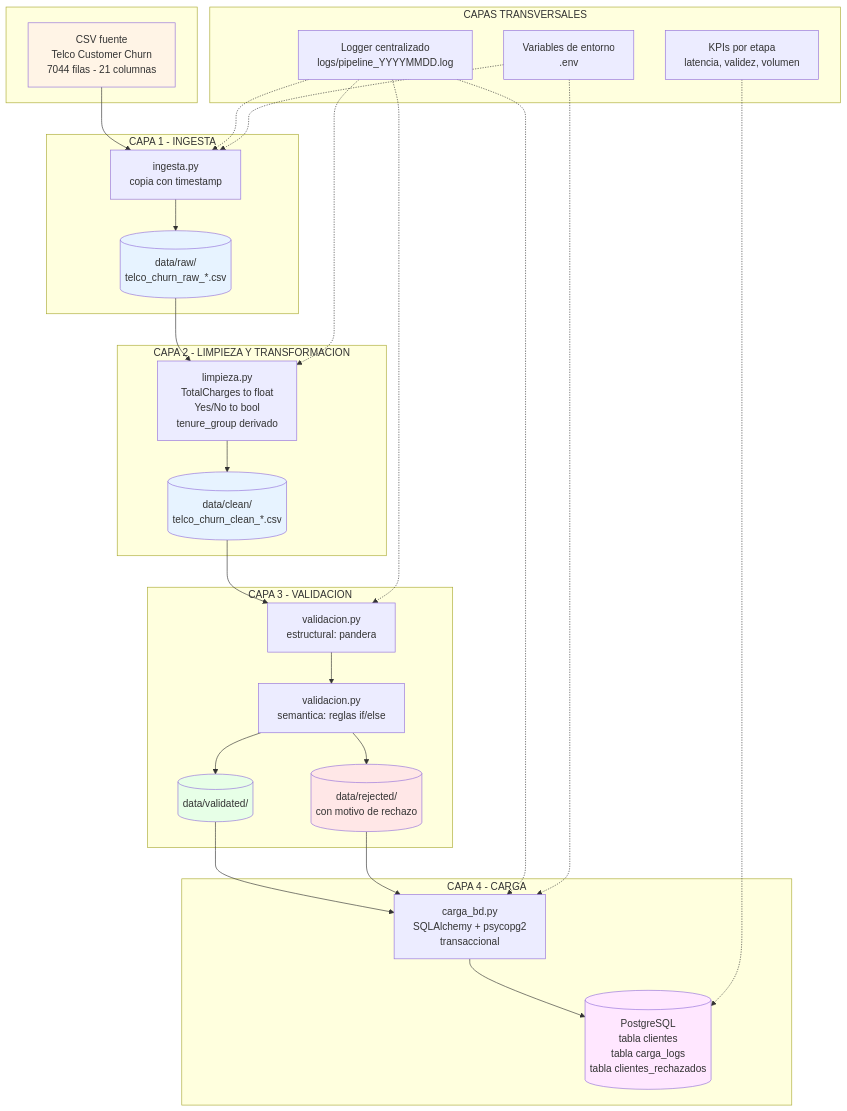
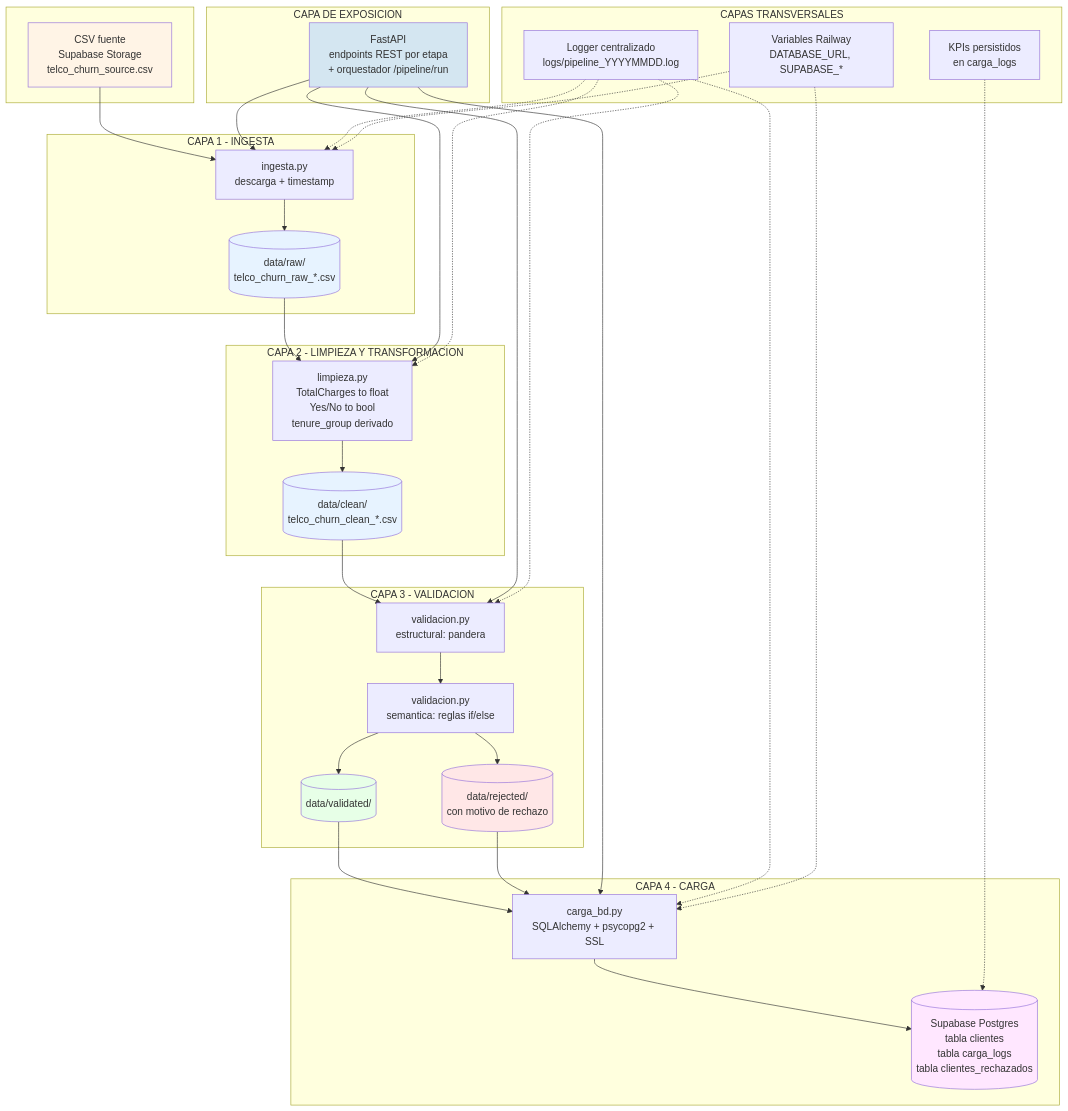
The second of 6 diagrams in docs/diagramas.md (BenjaminHeresmann/telco-churn-pipeline), drawn with Mermaid before and after one commit. The commit also changed other lines of this file and 15 other files, not shown here.

Commit message:
Refactor a cloud-native: FastAPI + Supabase + Railway desacoplado

````diff
--- a/docs/diagramas.md
+++ b/docs/diagramas.md
@@ -9,54 +55,63 @@
 ```mermaid
 flowchart TB
     subgraph EXT[" "]
-        SRC[CSV fuente<br/>Telco Customer Churn<br/>7044 filas - 21 columnas]
+        SRC[CSV fuente<br/>Supabase Storage<br/>telco_churn_source.csv]
     end
 
     subgraph ING["CAPA 1 - INGESTA"]
-        I[ingesta.py<br/>copia con timestamp]
+        I[ingesta.py<br/>descarga + timestamp]
         RAW[(data/raw/<br/>telco_churn_raw_*.csv)]
     end
 
     subgraph CLN["CAPA 2 - LIMPIEZA Y TRANSFORMACION"]
         L[limpieza.py<br/>TotalCharges to float<br/>Yes/No to bool<br/>tenure_group derivado]
         CLEAN[(data/clean/<br/>telco_churn_clean_*.csv)]
     end
 
     subgraph VAL["CAPA 3 - VALIDACION"]
         V1[validacion.py<br/>estructural: pandera]
         V2[validacion.py<br/>semantica: reglas if/else]
         VALID[(data/validated/)]
         REJ[(data/rejected/<br/>con motivo de rechazo)]
     end
 
     subgraph LOAD["CAPA 4 - CARGA"]
-        C[carga_bd.py<br/>SQLAlchemy + psycopg2<br/>transaccional]
-        DB[(PostgreSQL<br/>tabla clientes<br/>tabla carga_logs<br/>tabla clientes_rechazados)]
+        C[carga_bd.py<br/>SQLAlchemy + psycopg2 + SSL]
+        DB[(Supabase Postgres<br/>tabla clientes<br/>tabla carga_logs<br/>tabla clientes_rechazados)]
+    end
+
+    subgraph API["CAPA DE EXPOSICION"]
+        APIE[FastAPI<br/>endpoints REST por etapa<br/>+ orquestador /pipeline/run]
     end
 
     subgraph TRANSV["CAPAS TRANSVERSALES"]
         LOG[Logger centralizado<br/>logs/pipeline_YYYYMMDD.log]
-        SEC[Variables de entorno<br/>.env]
-        KPI[KPIs por etapa<br/>latencia, validez, volumen]
+        SEC[Variables Railway<br/>DATABASE_URL, SUPABASE_*]
+        KPI[KPIs persistidos<br/>en carga_logs]
     end
 
     SRC --> I --> RAW --> L --> CLEAN --> V1 --> V2
     V2 --> VALID --> C --> DB
     V2 --> REJ
     REJ --> C
+    APIE --> I
+    APIE --> L
+    APIE --> V1
+    APIE --> C
 
     LOG -.-> I
     LOG -.-> L
     LOG -.-> V1
     LOG -.-> C
     SEC -.-> I
     SEC -.-> C
     KPI -.-> DB
 
     style SRC fill:#fff4e6
     style RAW fill:#e7f3ff
     style CLEAN fill:#e7f3ff
     style VALID fill:#e7ffe7
     style REJ fill:#ffe7e7
     style DB fill:#ffe7ff
+    style APIE fill:#d4e6f1
 ```
````
